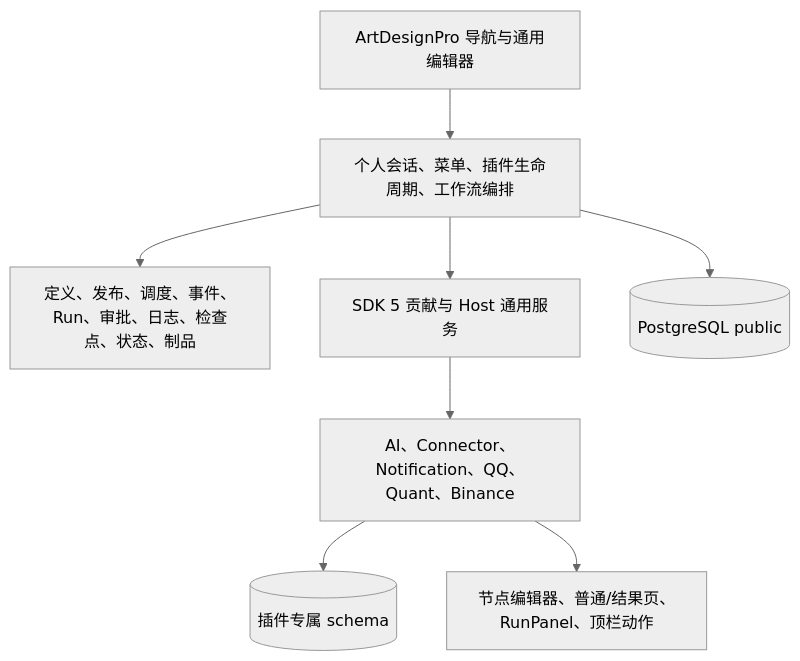
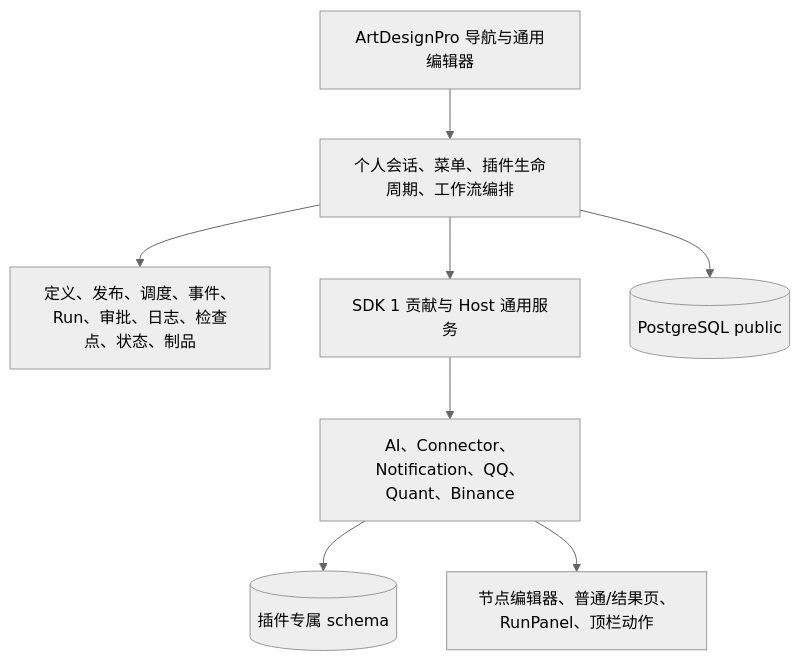
Before and after one commit to CoderLTS/coinsphere: the diagram in docs/architecture/overview.md, drawn with Mermaid (neutral theme). The commit also changed other lines of this file and 137 other files, not shown here.

````diff
--- a/docs/architecture/overview.md
+++ b/docs/architecture/overview.md
@@ -5,10 +5,10 @@
 ```mermaid
 flowchart TB
     Web[ArtDesignPro 导航与通用编辑器] --> Core[个人会话、菜单、插件生命周期、工作流编排]
     Core --> Runtime[定义、发布、调度、事件、Run、审批、日志、检查点、状态、制品]
-    Core --> SDK[SDK 5 贡献与 Host 通用服务]
+    Core --> SDK[SDK 1 贡献与 Host 通用服务]
     SDK --> Plugins[AI、Connector、Notification、QQ、Quant、Binance]
     Core --> Public[(PostgreSQL public)]
     Plugins --> Schemas[(插件专属 schema)]
     Plugins --> Pages[节点编辑器、普通/结果页、RunPanel、顶栏动作]
 ```
````
